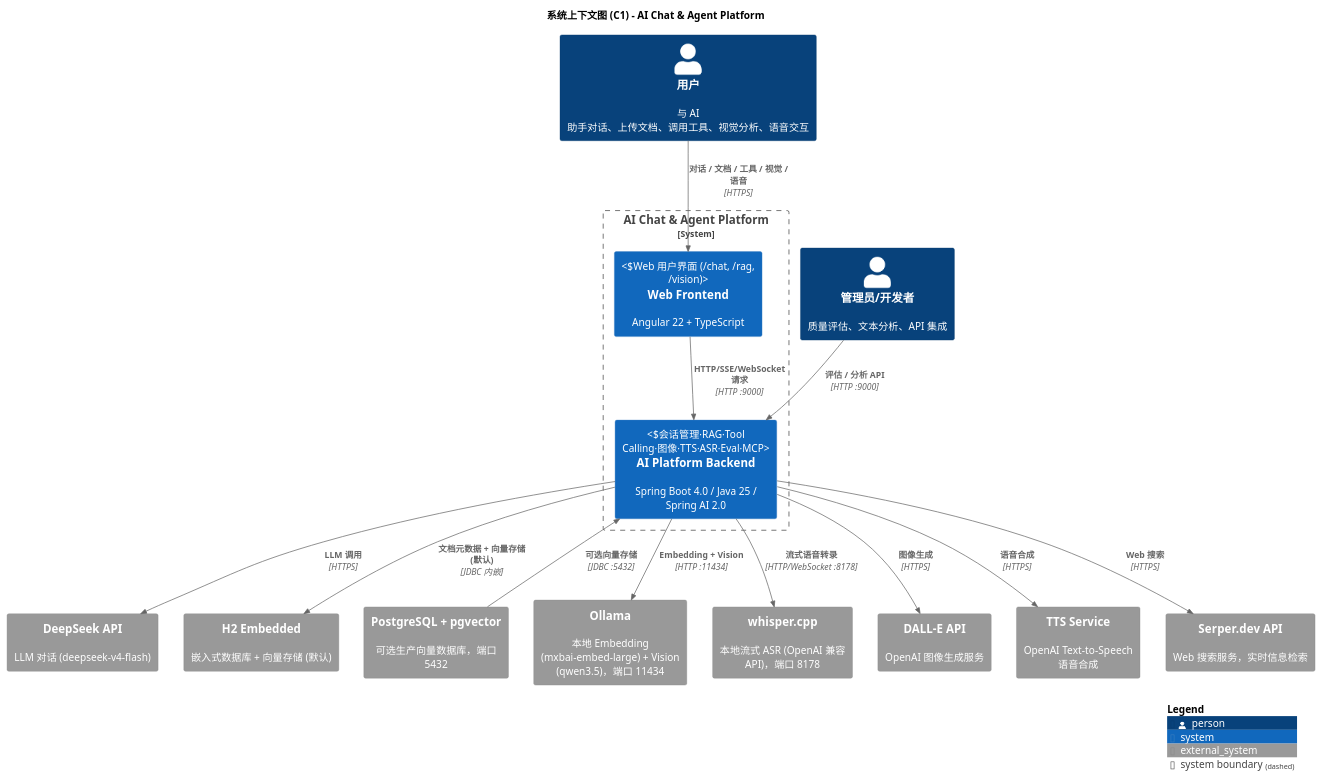
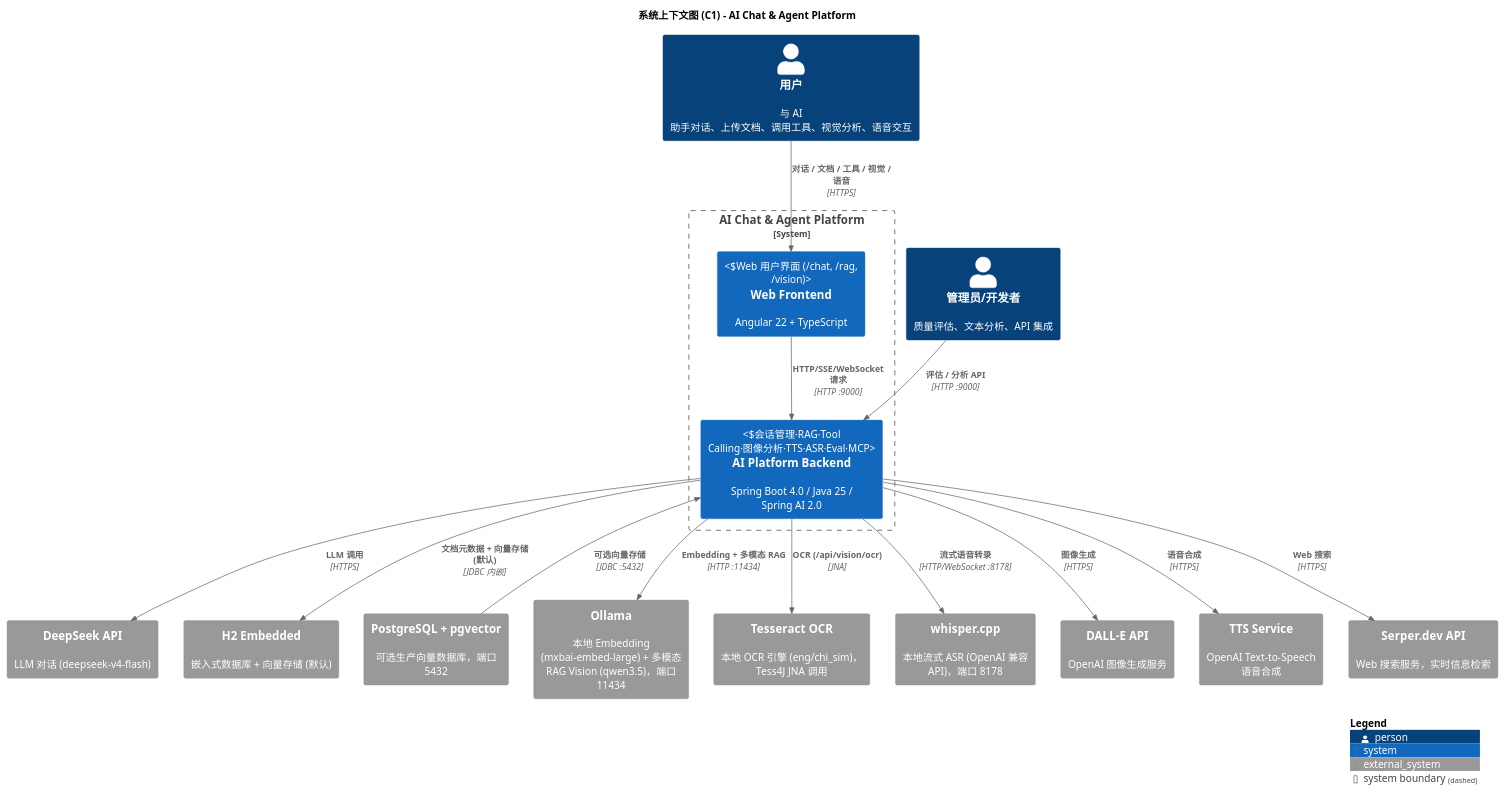
The diagram in docs/c4/C1-Context.puml (felixzhu97/explore-ai), drawn with PlantUML before and after one commit. The commit also changed 11 other files, not shown here.

```diff
--- a/docs/c4/C1-Context.puml
+++ b/docs/c4/C1-Context.puml
@@ -1,51 +1,53 @@
 @startuml C1-Context
 !include https://raw.githubusercontent.com/plantuml-stdlib/C4-PlantUML/master/C4_Context.puml
 
 LAYOUT_WITH_LEGEND()
 
 title 系统上下文图 (C1) - AI Chat & Agent Platform
 
 ' ============================================================
 ' PEOPLE - 人员
 ' ============================================================
 Person(user, "用户", "与 AI 助手对话、上传文档、调用工具、视觉分析、语音交互")
 Person(admin, "管理员/开发者", "质量评估、文本分析、API 集成")
 
 ' ============================================================
 ' AI Chat & Agent Platform 系统边界
 ' ============================================================
 System_Boundary(ai_platform, "AI Chat & Agent Platform") {
     System(frontend, "Web Frontend", "Angular 22 + TypeScript", "Web 用户界面 (/chat, /rag, /vision)")
-    System(backend, "AI Platform Backend", "Spring Boot 4.0 / Java 25 / Spring AI 2.0", "会话管理·RAG·Tool Calling·图像·TTS·ASR·Eval·MCP")
+    System(backend, "AI Platform Backend", "Spring Boot 4.0 / Java 25 / Spring AI 2.0", "会话管理·RAG·Tool Calling·图像分析·TTS·ASR·Eval·MCP")
 }
 
 ' ============================================================
 ' EXTERNAL SYSTEMS - 外部系统
 ' ============================================================
 System_Ext(deepseek_api, "DeepSeek API", "LLM 对话 (deepseek-v4-flash)")
 System_Ext(h2_db, "H2 Embedded", "嵌入式数据库 + 向量存储 (默认)")
 System_Ext(postgresql, "PostgreSQL + pgvector", "可选生产向量数据库，端口 5432")
-System_Ext(ollama, "Ollama", "本地 Embedding (mxbai-embed-large) + Vision (qwen3.5)，端口 11434")
+System_Ext(ollama, "Ollama", "本地 Embedding (mxbai-embed-large) + 多模态 RAG Vision (qwen3.5)，端口 11434")
+System_Ext(tesseract, "Tesseract OCR", "本地 OCR 引擎 (eng/chi_sim)，Tess4J JNA 调用")
 System_Ext(whisper_cpp, "whisper.cpp", "本地流式 ASR (OpenAI 兼容 API)，端口 8178")
 System_Ext(dalle_api, "DALL-E API", "OpenAI 图像生成服务")
 System_Ext(tts_api, "TTS Service", "OpenAI Text-to-Speech 语音合成")
 System_Ext(serper_api, "Serper.dev API", "Web 搜索服务，实时信息检索")
 
 ' ============================================================
 ' RELATIONSHIPS - 关系
 ' ============================================================
 Rel(user, frontend, "对话 / 文档 / 工具 / 视觉 / 语音", "HTTPS")
 Rel(admin, backend, "评估 / 分析 API", "HTTP :9000")
 Rel(frontend, backend, "HTTP/SSE/WebSocket 请求", "HTTP :9000")
 
 Rel(backend, deepseek_api, "LLM 调用", "HTTPS")
 Rel(backend, h2_db, "文档元数据 + 向量存储 (默认)", "JDBC 内嵌")
 Rel_Back(backend, postgresql, "可选向量存储", "JDBC :5432")
-Rel(backend, ollama, "Embedding + Vision", "HTTP :11434")
+Rel(backend, ollama, "Embedding + 多模态 RAG", "HTTP :11434")
+Rel(backend, tesseract, "OCR (/api/vision/ocr)", "JNA")
 Rel(backend, whisper_cpp, "流式语音转录", "HTTP/WebSocket :8178")
 Rel(backend, dalle_api, "图像生成", "HTTPS")
 Rel(backend, tts_api, "语音合成", "HTTPS")
 Rel(backend, serper_api, "Web 搜索", "HTTPS")
 
 SHOW_LEGEND()
 @enduml
```
